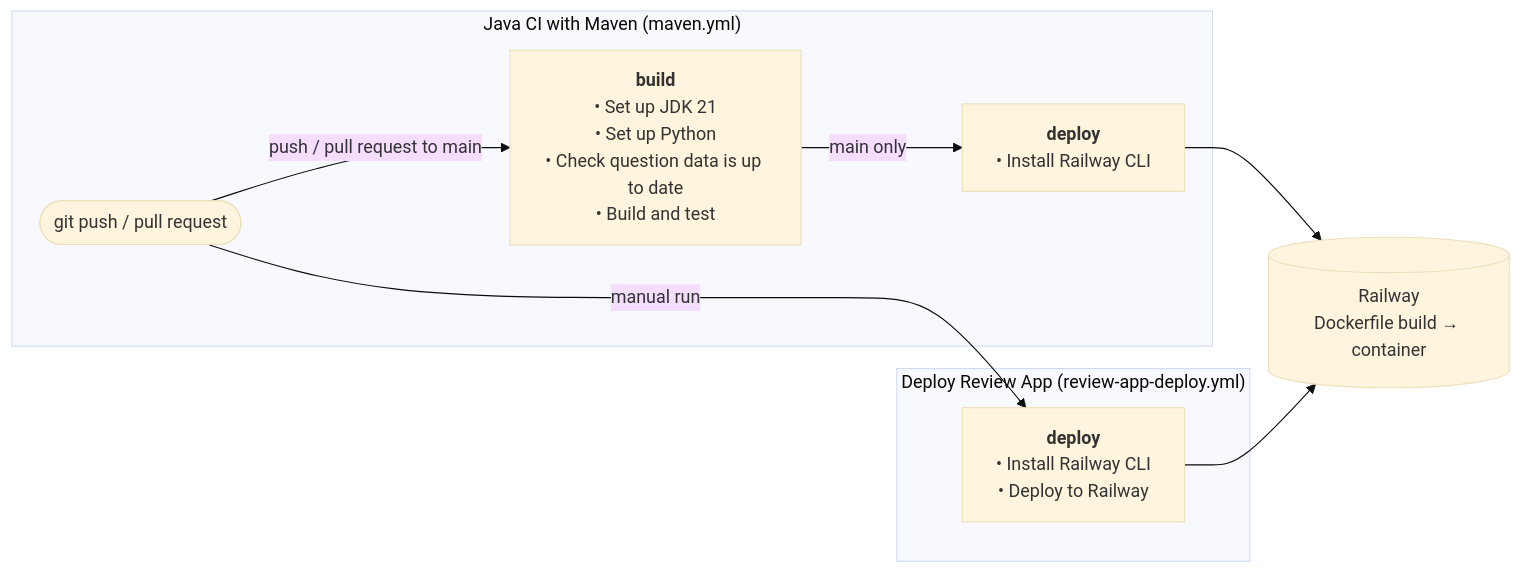
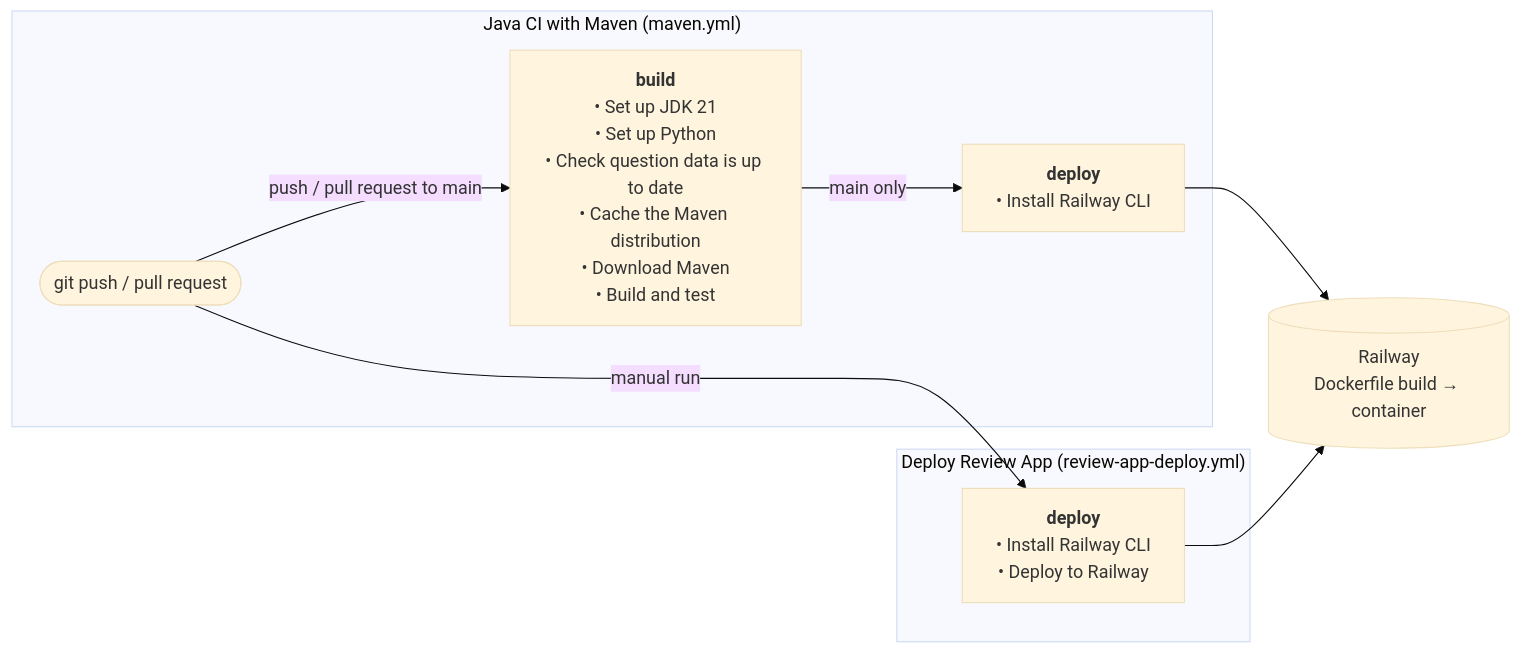
The eighth of 9 diagrams in docs/ARCHITECTURE.md (vinaynesta/QuizVerse), drawn with Mermaid (base theme) before and after one commit. The commit also changed other lines of this file and 232 other files, not shown here.

````diff
--- a/docs/ARCHITECTURE.md
+++ b/docs/ARCHITECTURE.md
@@ -704,17 +704,17 @@
 ```mermaid
 flowchart LR
     dev(["git push / pull request"])
     subgraph maven["Java CI with Maven (maven.yml)"]
-        maven_build["<b>build</b><br/>• Set up JDK 21<br/>• Set up Python<br/>• Check question data is up to date<br/>• Build and test"]
+        maven_build["<b>build</b><br/>• Set up JDK 21<br/>• Set up Python<br/>• Check question data is up to date<br/>• Cache the Maven distribution<br/>• Download Maven<br/>• Build and test"]
     dev -->|push / pull request to main| maven_build
         maven_deploy["<b>deploy</b><br/>• Install Railway CLI"]
         maven_build -->|main only| maven_deploy
     end
     maven_deploy --> railway
     subgraph review_app_deploy["Deploy Review App (review-app-deploy.yml)"]
         review_app_deploy_deploy["<b>deploy</b><br/>• Install Railway CLI<br/>• Deploy to Railway"]
     dev -->|manual run| review_app_deploy_deploy
     end
     review_app_deploy_deploy --> railway
     railway[("Railway<br/>Dockerfile build → container")]
 ```
````
